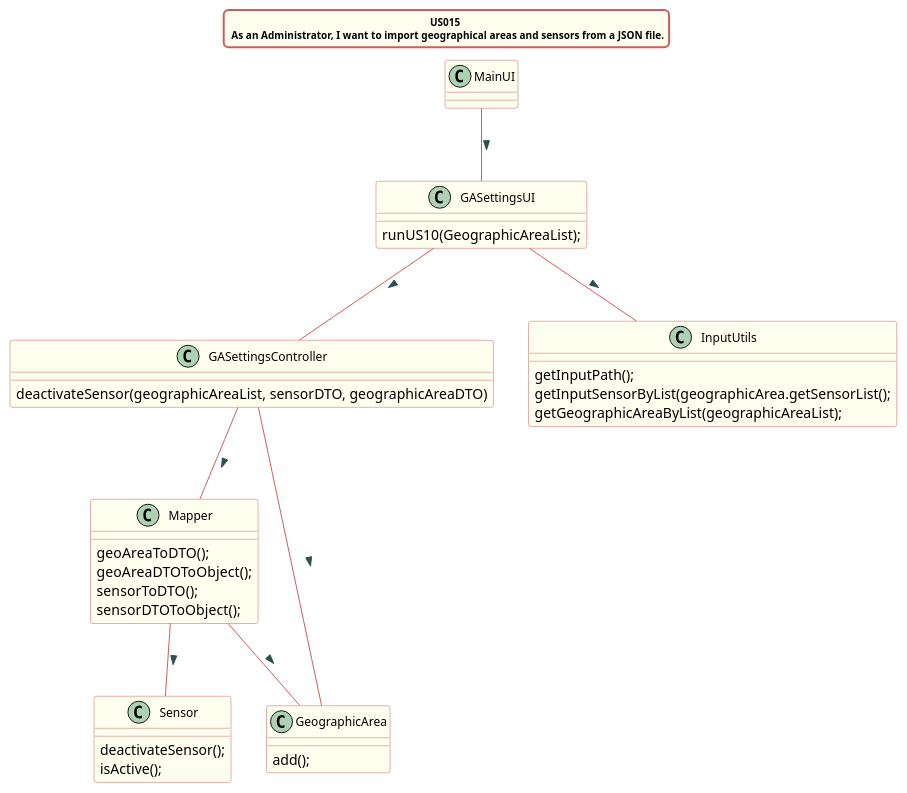
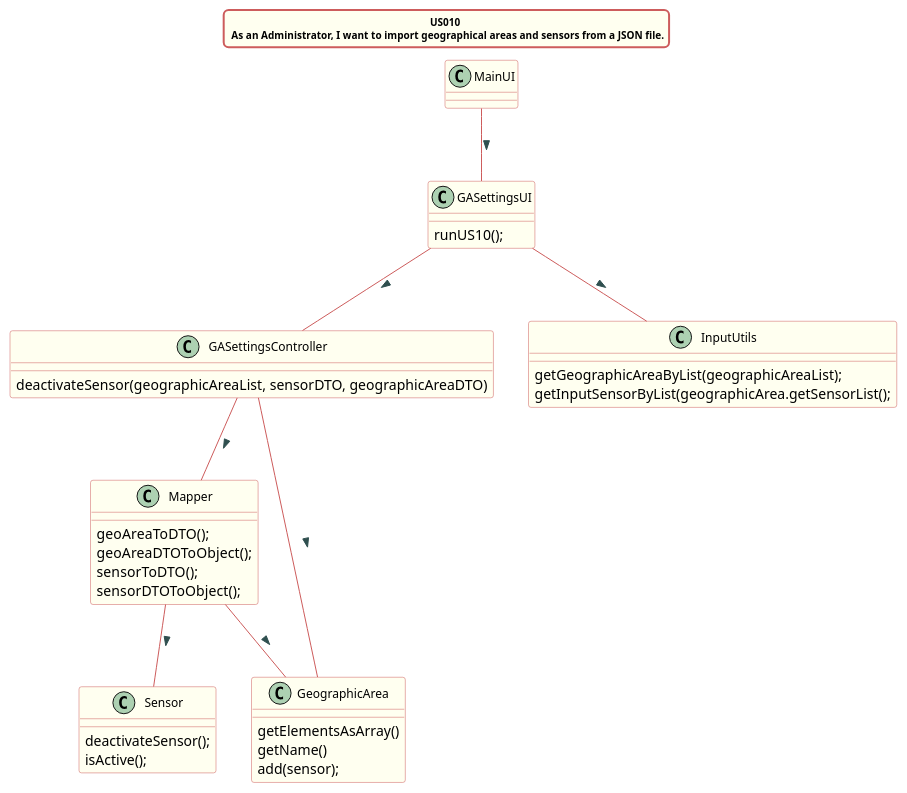
One commit to Almadanmp/project changed the diagram in src/doc/Controllers/GASettings/US10/US10_cd_GASettings.puml. Above: the diagram before and after it, drawn with PlantUML. The commit also changed 1 other file, not shown here.

```diff
--- a/src/doc/Controllers/GASettings/US10/US10_cd_GASettings.puml
+++ b/src/doc/Controllers/GASettings/US10/US10_cd_GASettings.puml
@@ -1,70 +1,71 @@
 @startuml
 
-title US015 \n As an Administrator, I want to import geographical areas and sensors from a JSON file.
+title US010 \n As an Administrator, I want to import geographical areas and sensors from a JSON file.
 skinparam titleBorderRoundCorner 10
 skinparam titleBorderThickness 2
 skinparam titleBorderColor indianred
 skinparam titleBackgroundColor ivory
 skinparam FontName verdana
 skinparam titleFontSize 10
 
 
 skinparam class {
   BorderColor indianred
   BackgroundColor indianred
   BackgroundColor ivory
    roundcorner 10
    ArrowFontName Verdana
    ArrowColor indianred
    ArrowFontColor darkslategrey
    FontSize 12
 }
 
 class GASettingsController
 class GASettingsUI
 class Mapper
 class GeographicArea
 class Sensor
 class InputUtils
 
 MainUI -- GASettingsUI : >
 GASettingsUI -- InputUtils : >
 GASettingsUI -- GASettingsController : >
 GASettingsController -- Mapper : >
 Mapper -- GeographicArea : >
 Mapper -- Sensor : >
 GASettingsController -- GeographicArea : >
 
+
 class GASettingsUI {
-runUS10(GeographicAreaList);
+runUS10();
 }
 
 class GASettingsController {
 deactivateSensor(geographicAreaList, sensorDTO, geographicAreaDTO)
 }
 
 class Mapper {
 geoAreaToDTO();
 geoAreaDTOToObject();
 sensorToDTO();
 sensorDTOToObject();
 }
 
 class GeographicArea{
-add();
+getElementsAsArray()
+getName()
+add(sensor);
 }
 
 class InputUtils{
-getInputPath();
+getGeographicAreaByList(geographicAreaList);
 getInputSensorByList(geographicArea.getSensorList();
-getGeographicAreaByList(geographicAreaList);
-
 }
 
 class Sensor {
 deactivateSensor();
 isActive();
 }
 
 
 @enduml
```
